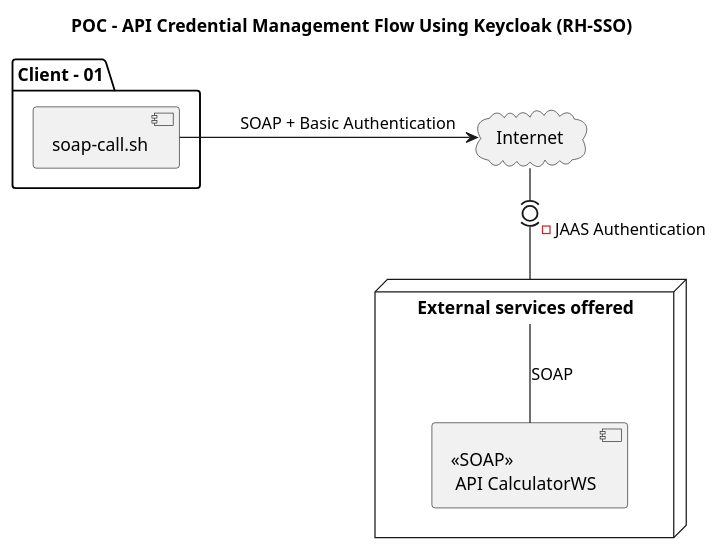
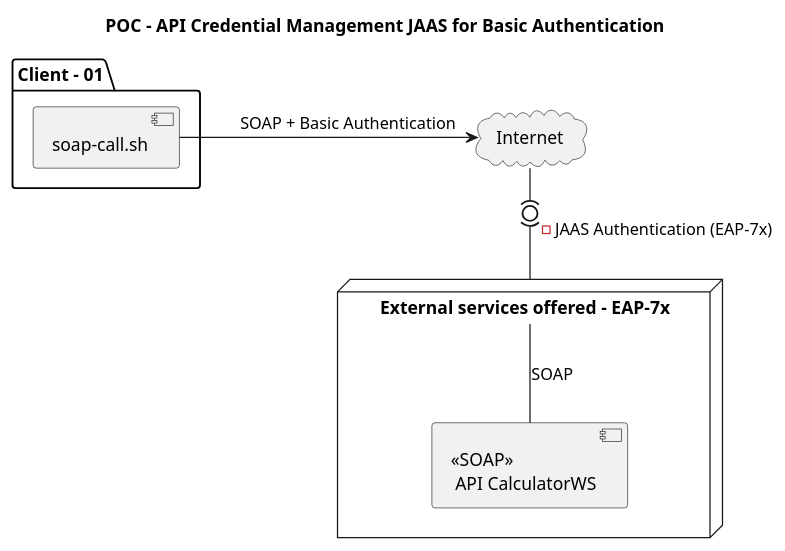
Before and after one commit to jovemfelix/java-soap-demo-with-keycloak-and-jboss: the diagram in doc/vision.puml, drawn with PlantUML. The commit also changed 1 other file, not shown here.

```diff
--- a/doc/vision.puml
+++ b/doc/vision.puml
@@ -1,20 +1,20 @@
 @startuml
 
-title POC - API Credential Management Flow Using Keycloak (RH-SSO)
+title POC - API Credential Management JAAS for Basic Authentication
 
 package "Client - 01" as cli1 {
     component [soap-call.sh] as app1
 }
 
 cloud Internet {
 }
 
-node "External services offered" as EAP7x {
+node "External services offered - EAP-7x" as EAP7x {
     [<<SOAP>> \n API CalculatorWS] as SOAP
 }
 
 app1 -> Internet:\t SOAP + Basic Authentication
-Internet -(0)- EAP7x:- JAAS Authentication
+Internet -(0)- EAP7x:- JAAS Authentication (EAP-7x)
 SOAP -up- EAP7x:SOAP
 
 @enduml
```
